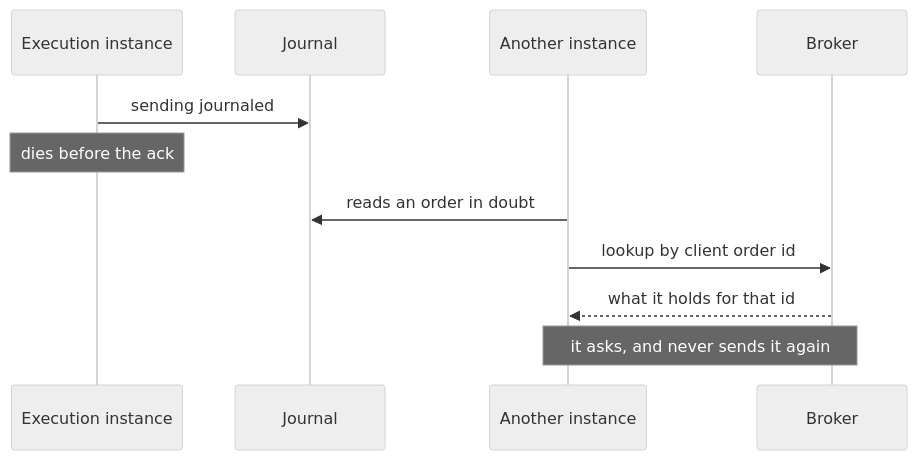
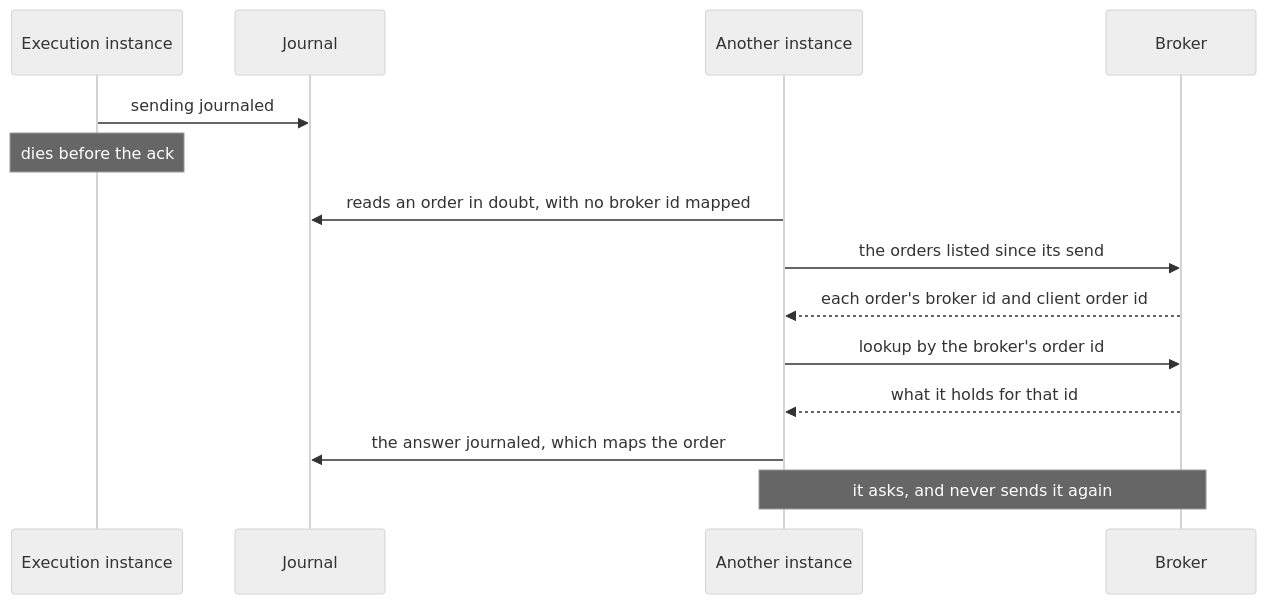
Diagram 20 of 34 in docs/architecture.md (l3a0/ithildin-runtime), drawn with Mermaid (neutral theme) before and after one commit. The commit also changed other lines of this file and 1 other file, not shown here.

First line of the commit message:
docs: look every order up by the broker's id, never by client order id

````diff
--- a/docs/architecture.md
+++ b/docs/architecture.md
@@ -1146,13 +1146,16 @@
 ```mermaid
 sequenceDiagram
     participant X1 as Execution instance
     participant J as Journal
     participant X2 as Another instance
     participant B as Broker
     X1->>J: sending journaled
     Note over X1: dies before the ack
-    X2->>J: reads an order in doubt
-    X2->>B: lookup by client order id
+    X2->>J: reads an order in doubt, with no broker id mapped
+    X2->>B: the orders listed since its send
+    B-->>X2: each order's broker id and client order id
+    X2->>B: lookup by the broker's order id
     B-->>X2: what it holds for that id
+    X2->>J: the answer journaled, which maps the order
     Note over X2,B: it asks, and never sends it again
 ```
````
